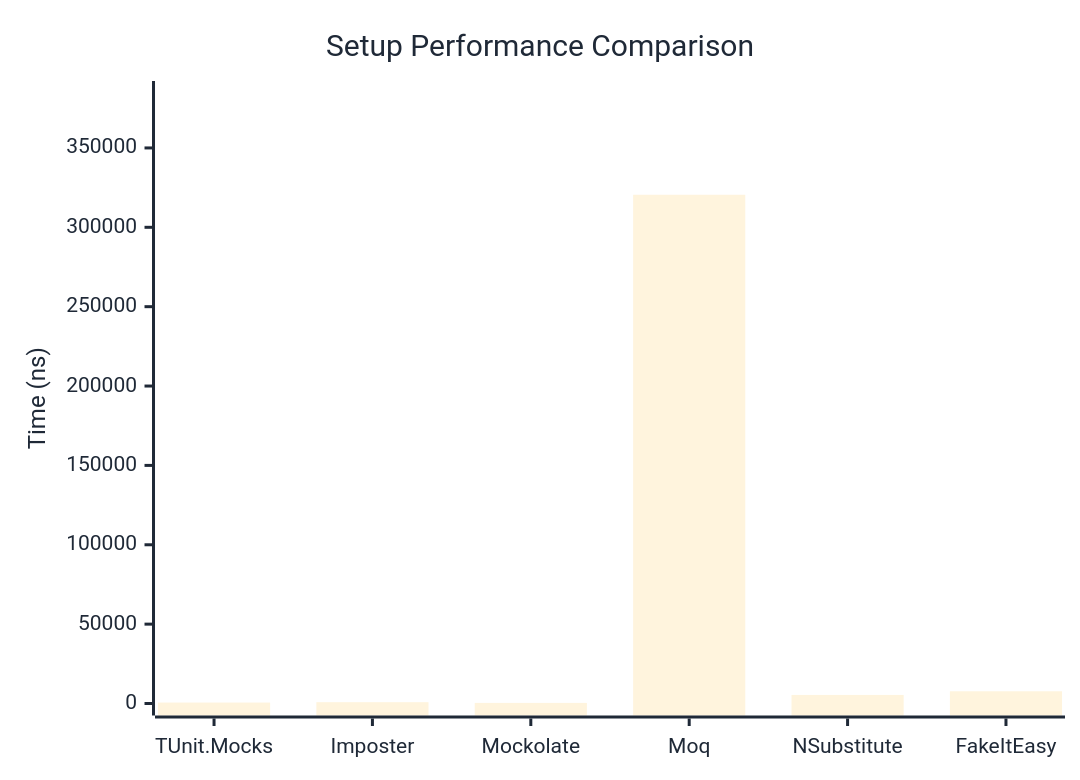
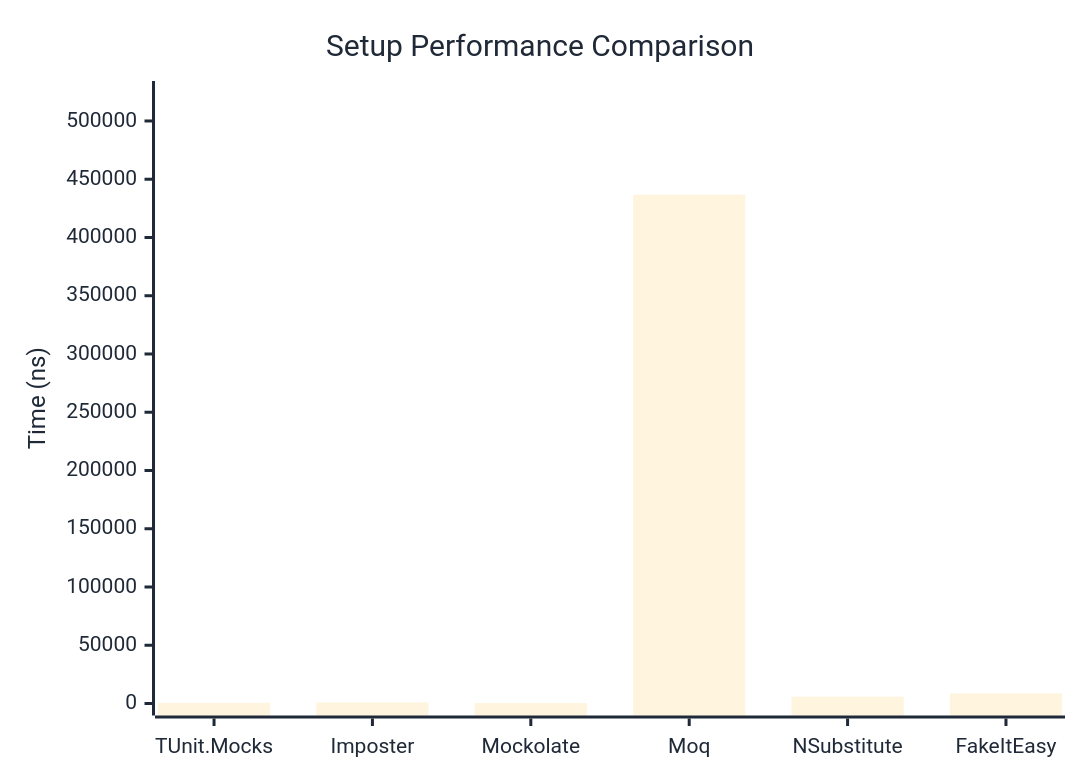
Before and after one commit to thomhurst/TUnit: the first of 2 diagrams in docs/docs/benchmarks/mocks/Setup.md, drawn with Mermaid. The commit also changed other lines of this file and 14 other files, not shown here.

````diff
--- a/docs/docs/benchmarks/mocks/Setup.md
+++ b/docs/docs/benchmarks/mocks/Setup.md
@@ -30,27 +30,27 @@
 ```mermaid
 %%{init: {
   'theme':'base',
   'themeVariables': {
     'primaryColor': '#2563eb',
     'primaryTextColor': '#1f2937',
     'primaryBorderColor': '#1e40af',
     'lineColor': '#6b7280',
     'secondaryColor': '#7c3aed',
     'tertiaryColor': '#dc2626',
     'background': '#ffffff',
     'pie1': '#2563eb',
     'pie2': '#7c3aed',
     'pie3': '#dc2626',
     'pie4': '#f59e0b',
     'pie5': '#10b981',
     'pie6': '#06b6d4',
     'pie7': '#ec4899',
     'pie8': '#6366f1'
   }
 }}%%
 xychart-beta
   title "Setup Performance Comparison"
   x-axis ["TUnit.Mocks", "Imposter", "Mockolate", "Moq", "NSubstitute", "FakeItEasy"]
-  y-axis "Time (ns)" 0 --> 384614
-  bar [588.4, 828.5, 371.1, 320511.4, 5389.5, 7696.3]
+  y-axis "Time (ns)" 0 --> 524014
+  bar [588.8, 895.6, 377.4, 436678, 5855, 8695.7]
 ```
````
